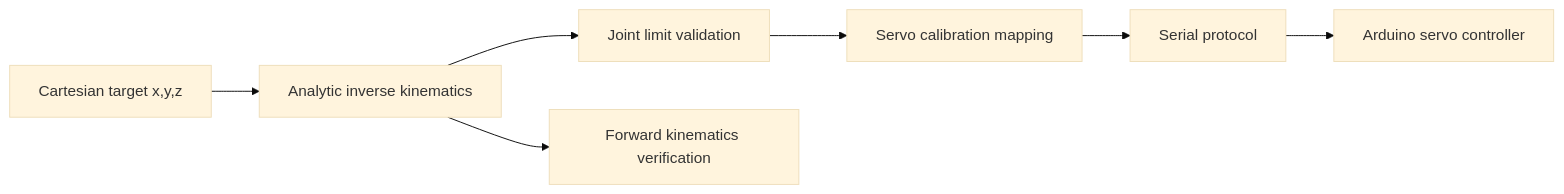
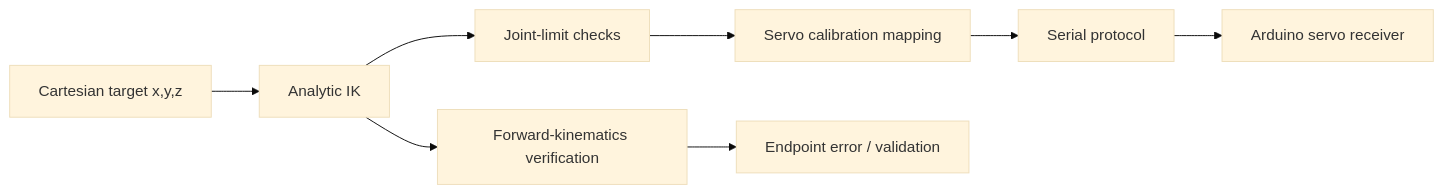
Before and after one commit to VivekVRobo/3dof-robotic-arm: the diagram in README.md, drawn with Mermaid (base theme). The commit also changed other lines of this file and 2 other files, not shown here.

````diff
--- a/README.md
+++ b/README.md
@@ -36,9 +11,10 @@
 ```mermaid
 flowchart LR
-    T[Cartesian target x,y,z] --> IK[Analytic inverse kinematics]
-    IK --> JL[Joint limit validation]
-    JL --> SM[Servo calibration mapping]
-    SM --> SP[Serial protocol]
-    SP --> MCU[Arduino servo controller]
-    IK --> FK[Forward kinematics verification]
+    T[Cartesian target x,y,z] --> IK[Analytic IK]
+    IK --> LIMITS[Joint-limit checks]
+    LIMITS --> MAP[Servo calibration mapping]
+    MAP --> SERIAL[Serial protocol]
+    SERIAL --> MCU[Arduino servo receiver]
+    IK --> FK[Forward-kinematics verification]
+    FK --> ERR[Endpoint error / validation]
 ```
````
